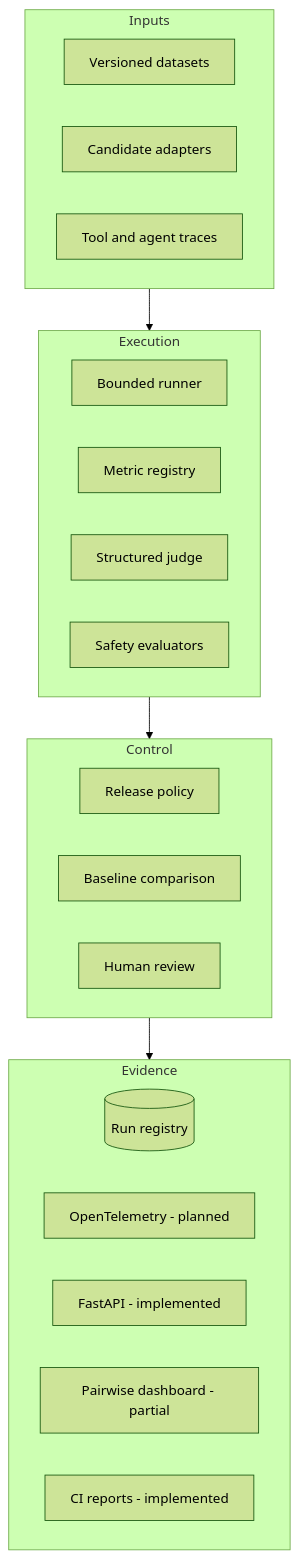
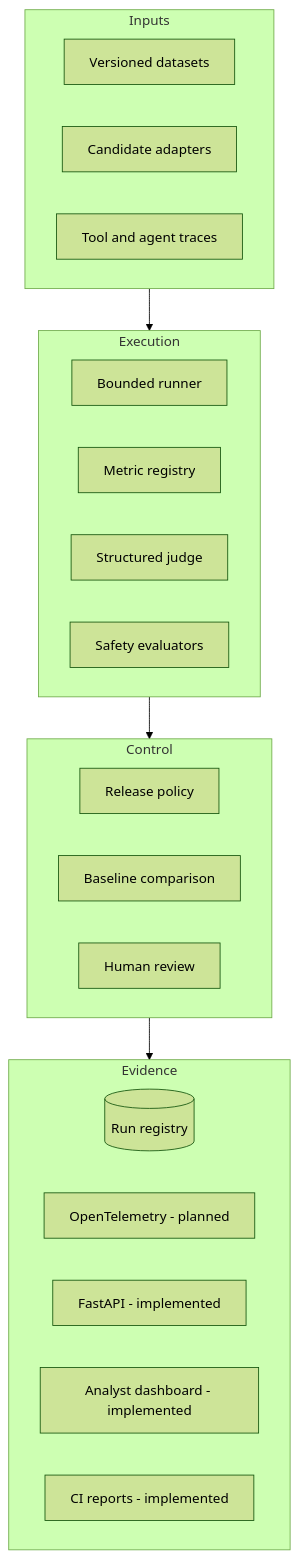
Before and after one commit to navaneeth9908/evalforge: the second of 2 diagrams in docs/architecture.md, drawn with Mermaid (forest theme). The commit also changed other lines of this file and 11 other files, not shown here.

````diff
--- a/docs/architecture.md
+++ b/docs/architecture.md
@@ -99,27 +99,27 @@
 ```mermaid
 flowchart TB
     subgraph Inputs
       D[Versioned datasets]
       C[Candidate adapters]
       T[Tool and agent traces]
     end
     subgraph Execution
       Q[Bounded runner]
       M[Metric registry]
       J[Structured judge]
       S[Safety evaluators]
     end
     subgraph Control
       P[Release policy]
       B[Baseline comparison]
       H[Human review]
     end
     subgraph Evidence
       DB[(Run registry)]
       OT[OpenTelemetry - planned]
       API[FastAPI - implemented]
-      UI[Pairwise dashboard - partial]
+      UI[Analyst dashboard - implemented]
       CI[CI reports - implemented]
     end
     Inputs --> Execution --> Control --> Evidence
 ```
````
